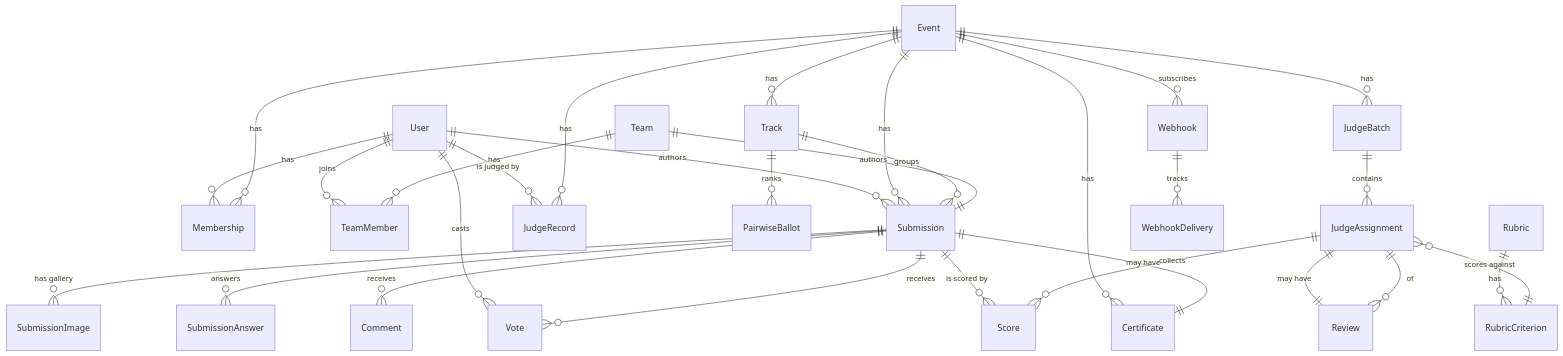
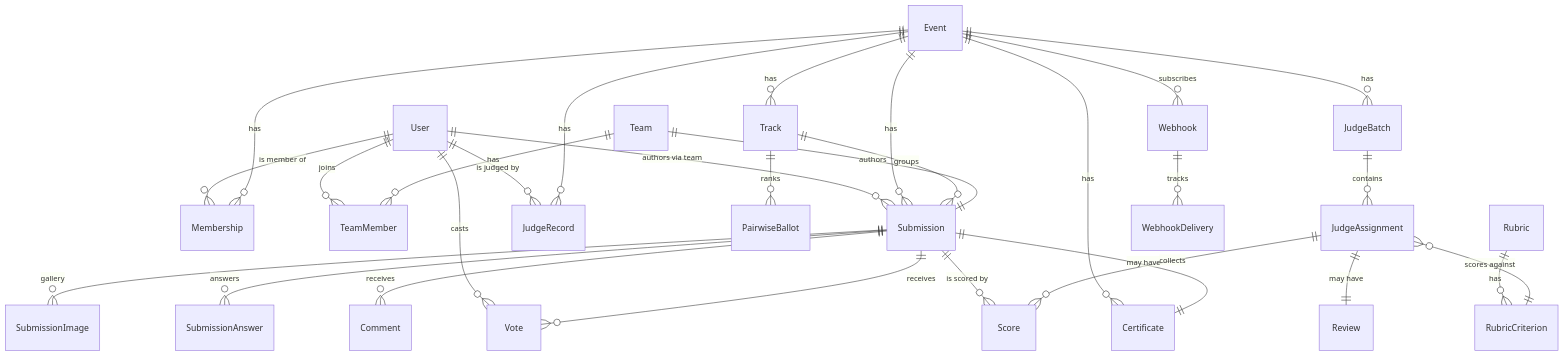
One commit to choksi2212/dogfood-hackathon changed the seventh of 10 diagrams in README.md. Above: the diagram before and after it, drawn with Mermaid. The commit also changed other lines of this file, not shown here.

First line of the commit message:
README: rebuild diagrams — landscape architecture + light themed palette

````diff
--- a/README.md
+++ b/README.md
@@ -302,39 +342,37 @@
 ```mermaid
 erDiagram
-    User ||--o{ Membership : has
-    User ||--o{ TeamMember : joins
-    User ||--o{ Submission : authors
-    User ||--o{ Vote : casts
+    User ||--o{ Membership : "is member of"
+    User ||--o{ TeamMember : "joins"
+    User ||--o{ Submission : "authors via team"
+    User ||--o{ Vote : "casts"
     User ||--o{ JudgeRecord : "is judged by"
 
     Event ||--o{ Track : "has"
     Event ||--o{ Membership : "has"
     Event ||--o{ Submission : "has"
     Event ||--o{ JudgeBatch : "has"
     Event ||--o{ Certificate : "has"
     Event ||--o{ JudgeRecord : "has"
     Event ||--o{ Webhook : "subscribes"
 
-    Track ||--o{ Submission : groups
+    Track ||--o{ Submission : "groups"
     Track ||--o{ PairwiseBallot : "ranks"
 
     Team ||--o{ TeamMember : "has"
     Team ||--|| Submission : "authors"
 
-    Submission ||--o{ SubmissionImage : "has gallery"
+    Submission ||--o{ SubmissionImage : "gallery"
     Submission ||--o{ SubmissionAnswer : "answers"
     Submission ||--o{ Comment : "receives"
     Submission ||--o{ Vote : "receives"
     Submission ||--o{ Score : "is scored by"
     Submission ||--|| Certificate : "may have"
 
     JudgeBatch ||--o{ JudgeAssignment : "contains"
     JudgeAssignment ||--|| Review : "may have"
     JudgeAssignment ||--o{ Score : "collects"
-    Review }o--|| JudgeAssignment : "of"
-
     Rubric ||--o{ RubricCriterion : "has"
     JudgeAssignment }o--|| RubricCriterion : "scores against"
 
     Webhook ||--o{ WebhookDelivery : "tracks"
 ```
````
